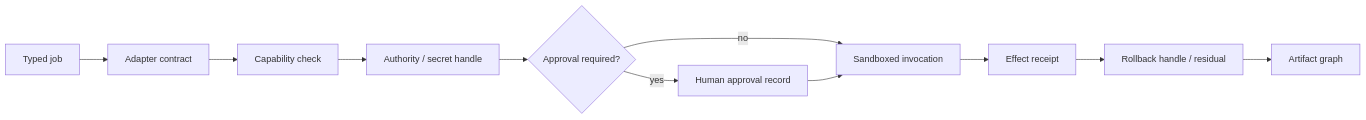
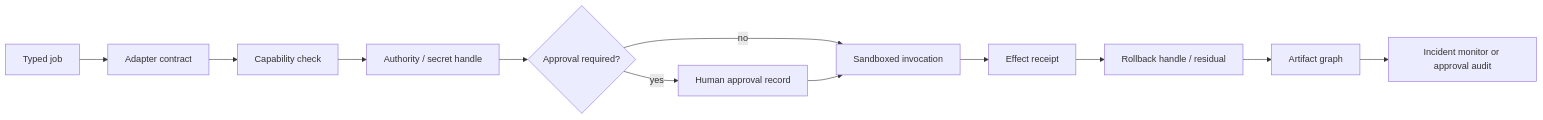
Before and after one commit to corbensorenson/asi-stack-book: the first of 2 diagrams in chapters/runtime-adapters-tool-permissions-and-human-approval.qmd, drawn with Mermaid. The commit also changed 20 other files, not shown here.

Commit message:
Raise diagram substance floor

````diff
--- a/chapters/runtime-adapters-tool-permissions-and-human-approval.qmd
+++ b/chapters/runtime-adapters-tool-permissions-and-human-approval.qmd
@@ -110,13 +110,14 @@
 ```{mermaid}
 flowchart LR
   A["Typed job"] --> B["Adapter contract"]
   B --> C["Capability check"]
   C --> D["Authority / secret handle"]
   D --> E{"Approval required?"}
   E -- "yes" --> F["Human approval record"]
   E -- "no" --> G["Sandboxed invocation"]
   F --> G
   G --> H["Effect receipt"]
   H --> I["Rollback handle / residual"]
   I --> J["Artifact graph"]
+  J --> K["Incident monitor or approval audit"]
 ```
````
